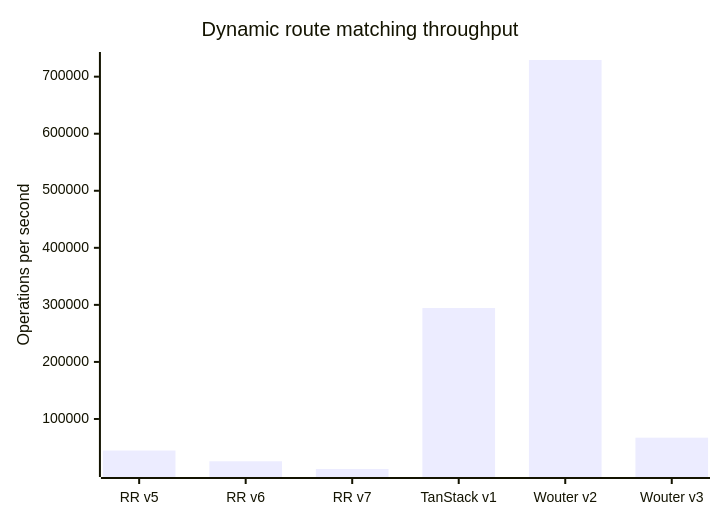
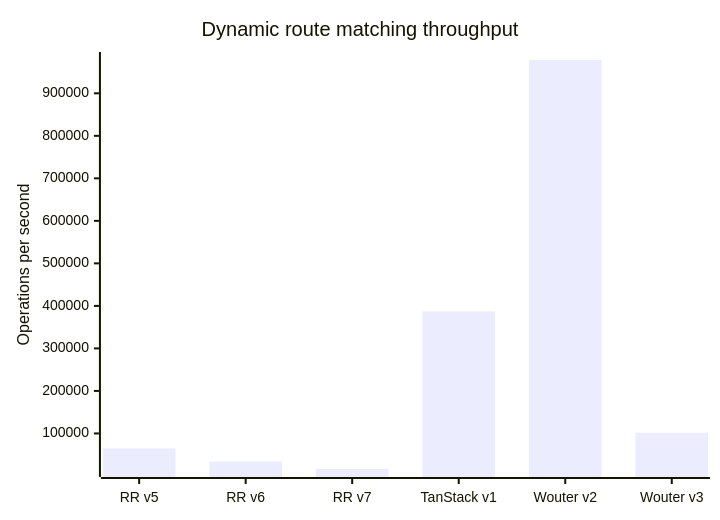
Before and after one commit to rudolfolah/benchmark-routers-for-react: the third of 3 diagrams in README.md, drawn with Mermaid. The commit also changed other lines of this file and 1 other file, not shown here.

````diff
--- a/README.md
+++ b/README.md
@@ -116,7 +116,7 @@
 ```mermaid
 xychart-beta
     title "Dynamic route matching throughput"
     x-axis ["RR v5", "RR v6", "RR v7", "TanStack v1", "Wouter v2", "Wouter v3"]
     y-axis "Operations per second"
-    bar [44719, 25840, 12305, 294448, 729207, 67170]
+    bar [64803, 34084, 16360, 386968, 978356, 101721]
 ```
````
